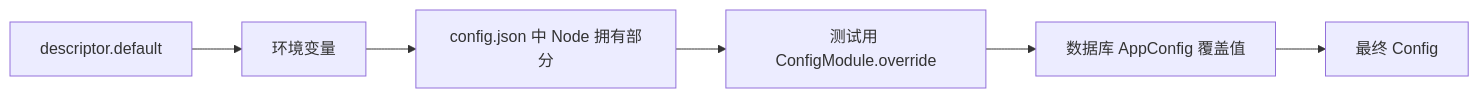
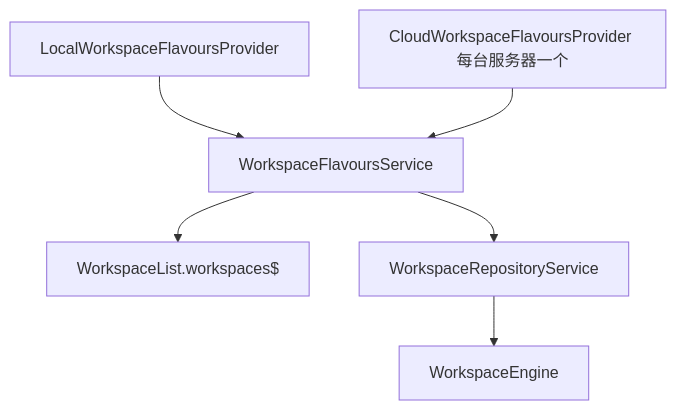
Before and after one commit to lfire/AFFiNE: the third of 7 diagrams in learning-guide/slides/decks/21.md, drawn with Mermaid. The commit also changed other lines of this file and 73 other files, not shown here.

````diff
--- a/learning-guide/slides/decks/21.md
+++ b/learning-guide/slides/decks/21.md
@@ -340,8 +285,8 @@
 ```mermaid
-flowchart LR
-  A["descriptor.default"] --> B["环境变量"]
-  B --> C["config.json 中 Node 拥有部分"]
-  C --> D["测试用 ConfigModule.override"]
-  D --> E["数据库 AppConfig 覆盖值"]
-  E --> F["最终 Config"]
+flowchart TB
+  LP["LocalWorkspaceFlavoursProvider"] --> FS["WorkspaceFlavoursService"]
+  CP["CloudWorkspaceFlavoursProvider 每台服务器一个"] --> FS
+  FS --> WL["WorkspaceList.workspaces$"]
+  FS --> Repo["WorkspaceRepositoryService"]
+  Repo --> Engine["WorkspaceEngine"]
 ```
````
